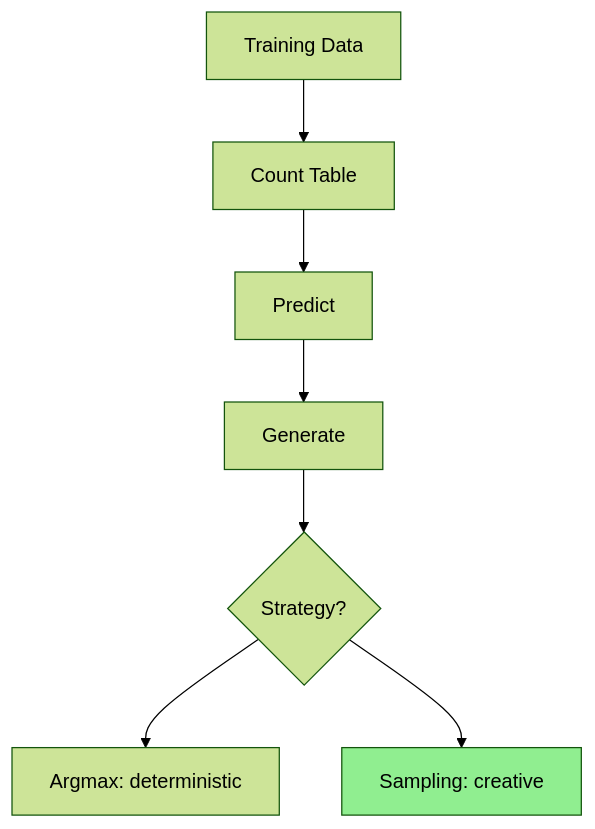
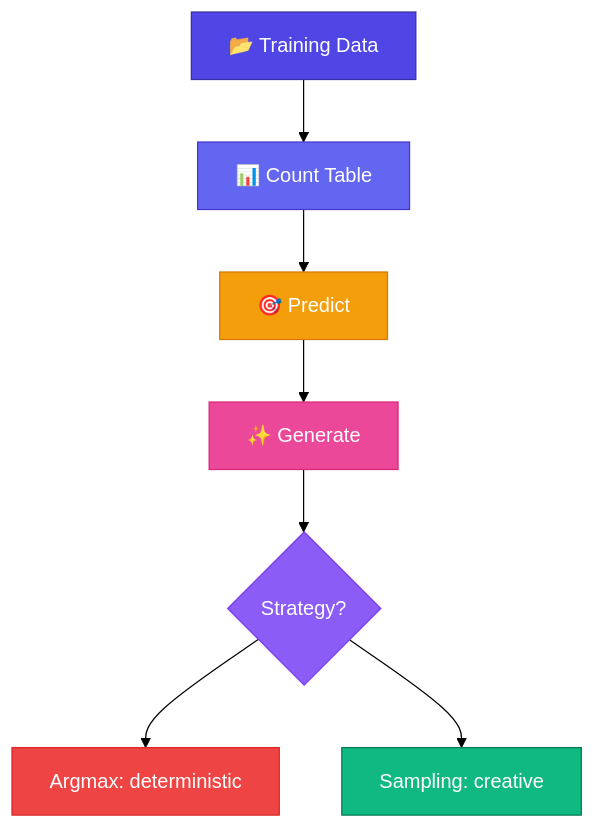
The second of 2 diagrams in content/docs/part-02-bigram/05-sampling-vs-argmax.mdx (bhNibir/build-own-llm), drawn with Mermaid (forest theme) before and after one commit. The commit also changed other lines of this file and 33 other files, not shown here.

First line of the commit message:
Align Bangla lessons with playgrounds, animations, and diagrams

````diff
--- a/content/docs/part-02-bigram/05-sampling-vs-argmax.mdx
+++ b/content/docs/part-02-bigram/05-sampling-vs-argmax.mdx
@@ -84,10 +86,16 @@
 ```mermaid
 flowchart TD
-    A[Training Data] --> B[Count Table]
-    B --> C[Predict]
-    C --> D[Generate]
-    D --> E{Strategy?}
-    E --> F[Argmax: deterministic]
-    E --> G[Sampling: creative]
-    style G fill:#90EE90
+    A["📂 Training Data"]:::data --> B["📊 Count Table"]:::table
+    B --> C["🎯 Predict"]:::pred
+    C --> D["✨ Generate"]:::gen
+    D --> E{"Strategy?"}:::check
+    E --> F["Argmax: deterministic"]:::arg
+    E --> G["Sampling: creative"]:::samp
+    classDef data fill:#4F46E5,color:#fff,stroke:#3730A3
+    classDef table fill:#6366F1,color:#fff,stroke:#4338CA
+    classDef pred fill:#F59E0B,color:#fff,stroke:#D97706
+    classDef gen fill:#EC4899,color:#fff,stroke:#DB2777
+    classDef check fill:#8B5CF6,color:#fff,stroke:#7C3AED
+    classDef arg fill:#EF4444,color:#fff,stroke:#DC2626
+    classDef samp fill:#10B981,color:#fff,stroke:#047857
 ```
````
